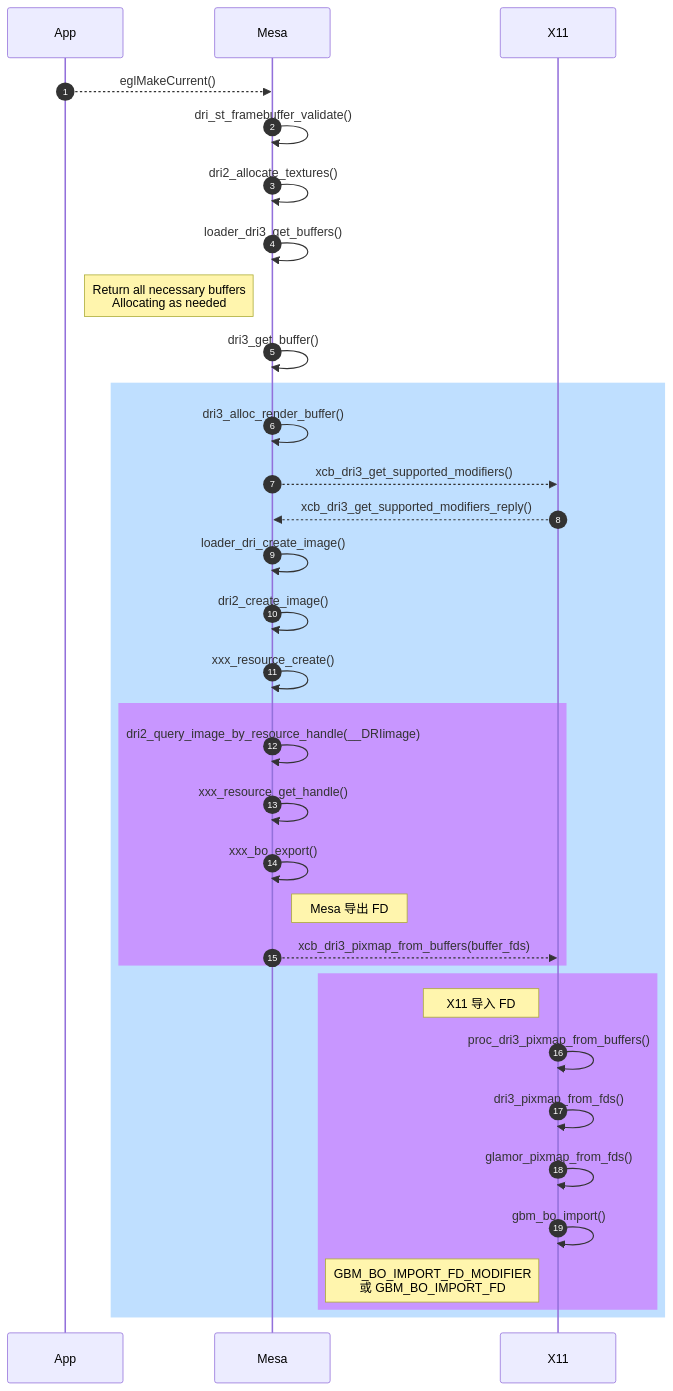
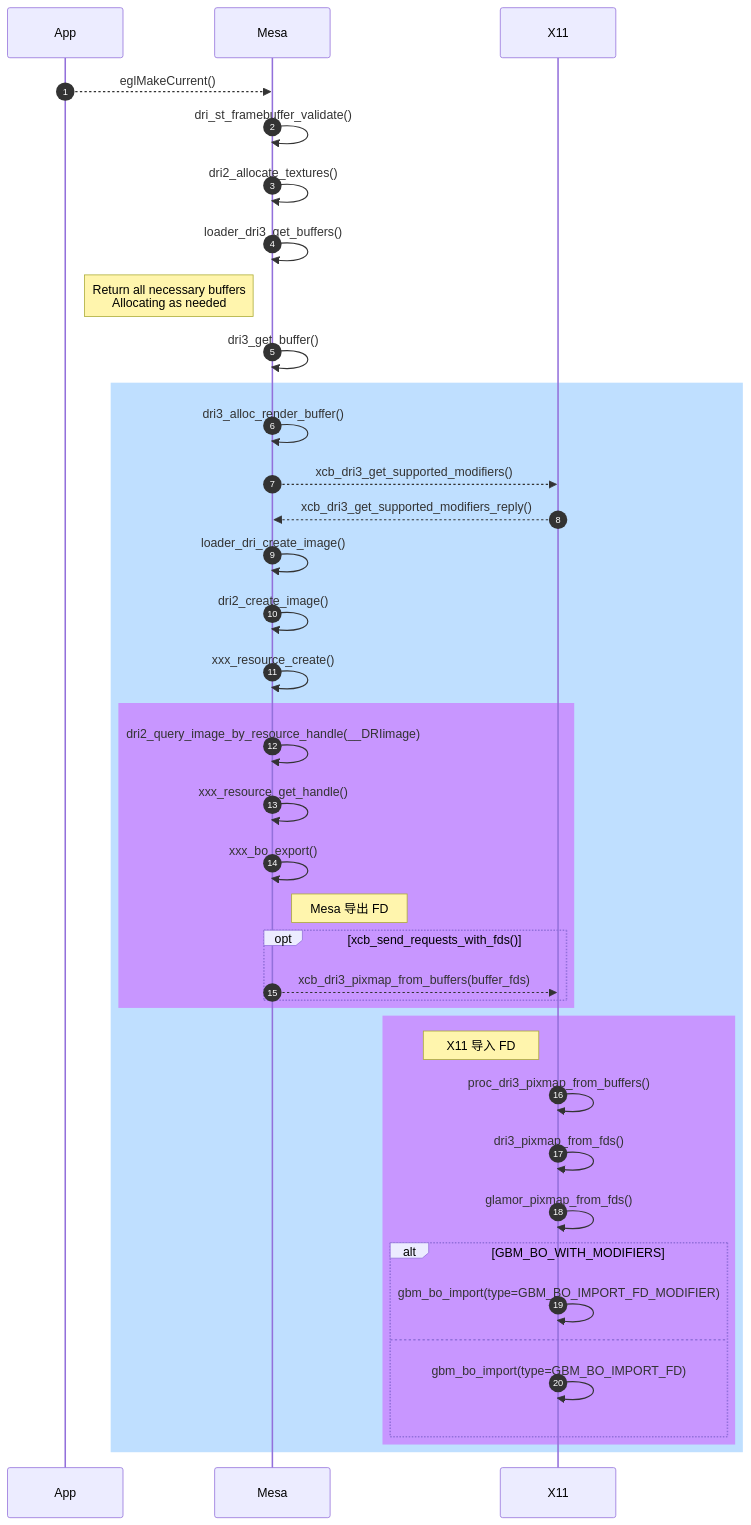
One commit to lucmann/lucmann.github.io changed the second of 3 diagrams in source/_posts/gfx/dri3.md. Above: the diagram before and after it, drawn with Mermaid. The commit also changed other lines of this file, not shown here.

Commit message:
gfx: dri3: try mermaid sequence diagram 'opt' and 'alt'

````diff
--- a/source/_posts/gfx/dri3.md
+++ b/source/_posts/gfx/dri3.md
@@ -136,37 +136,42 @@
 ```mermaid
 sequenceDiagram
     autonumber
     participant App
     participant Mesa
     participant X11
 
     App-->>Mesa: eglMakeCurrent()
     Mesa->>Mesa: dri_st_framebuffer_validate()
     Mesa->>Mesa: dri2_allocate_textures()
     Mesa->>Mesa: loader_dri3_get_buffers()
     note left of Mesa: Return all necessary buffers<br/>Allocating as needed
     Mesa->>Mesa: dri3_get_buffer()
     rect rgb(191, 223, 255)
     Mesa->>Mesa: dri3_alloc_render_buffer()
     Mesa-->>X11: xcb_dri3_get_supported_modifiers()
     X11-->>Mesa: xcb_dri3_get_supported_modifiers_reply()
     Mesa->>Mesa: loader_dri_create_image()
     Mesa->>Mesa: dri2_create_image()
     Mesa->>Mesa: xxx_resource_create()
     rect rgb(200, 150, 255)
     Mesa->>Mesa: dri2_query_image_by_resource_handle(__DRIimage)
     Mesa->>Mesa: xxx_resource_get_handle()
     Mesa->>Mesa: xxx_bo_export()
     note right of Mesa: Mesa 导出 FD
-    Mesa-->>X11: xcb_dri3_pixmap_from_buffers(buffer_fds)
+    opt xcb_send_requests_with_fds()
+        Mesa-->>X11: xcb_dri3_pixmap_from_buffers(buffer_fds)
+    end
     end
     rect rgb(200, 150, 255)
     note left of X11: X11 导入 FD
     X11->>X11: proc_dri3_pixmap_from_buffers()
     X11->>X11: dri3_pixmap_from_fds()
     X11->>X11: glamor_pixmap_from_fds()
-    X11->>X11: gbm_bo_import()
-    note left of X11: GBM_BO_IMPORT_FD_MODIFIER<br/>或 GBM_BO_IMPORT_FD
+    alt GBM_BO_WITH_MODIFIERS
+        X11->>X11: gbm_bo_import(type=GBM_BO_IMPORT_FD_MODIFIER)
+    else
+        X11->>X11: gbm_bo_import(type=GBM_BO_IMPORT_FD)
+    end
     end
     end
 ```
````
